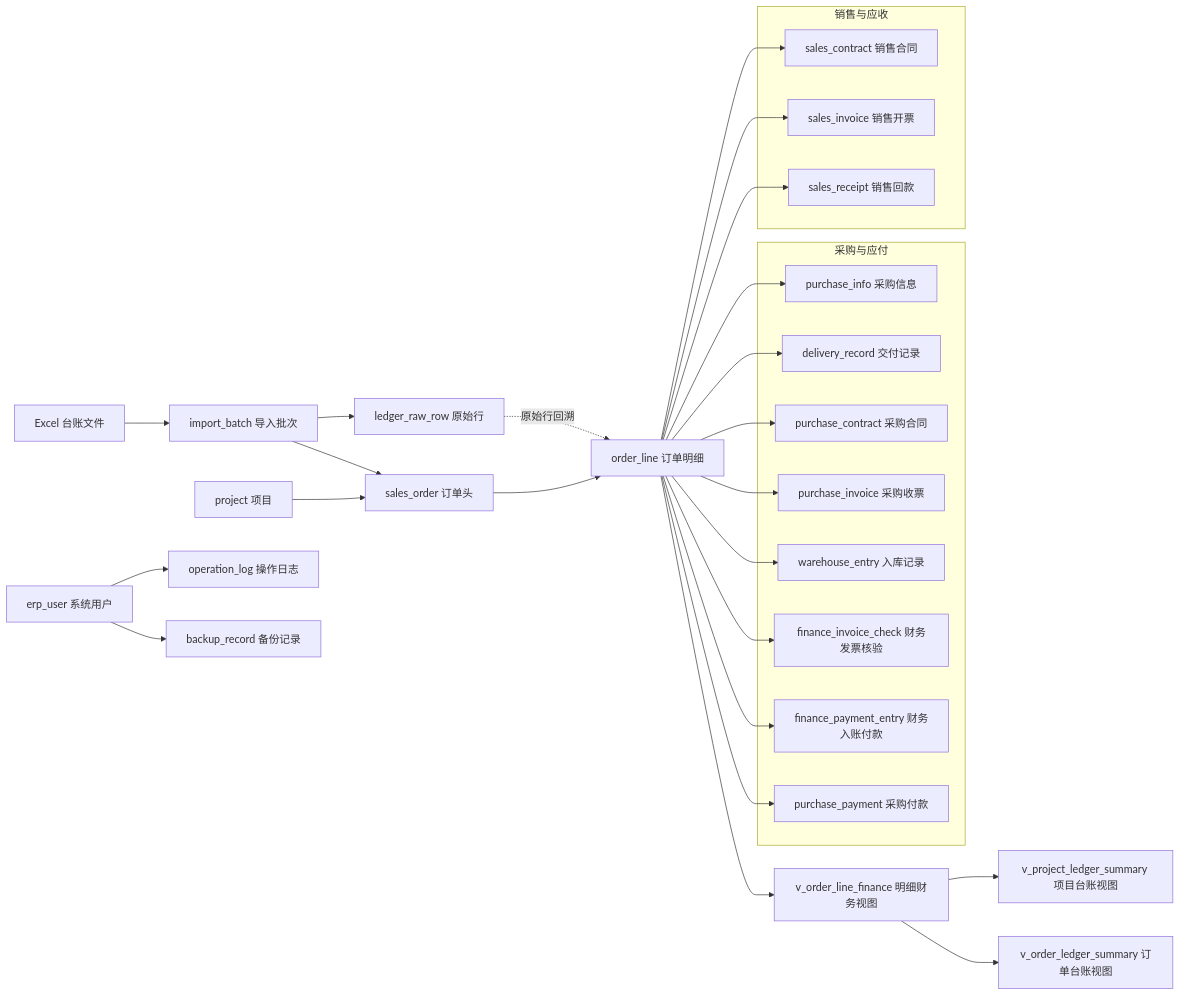
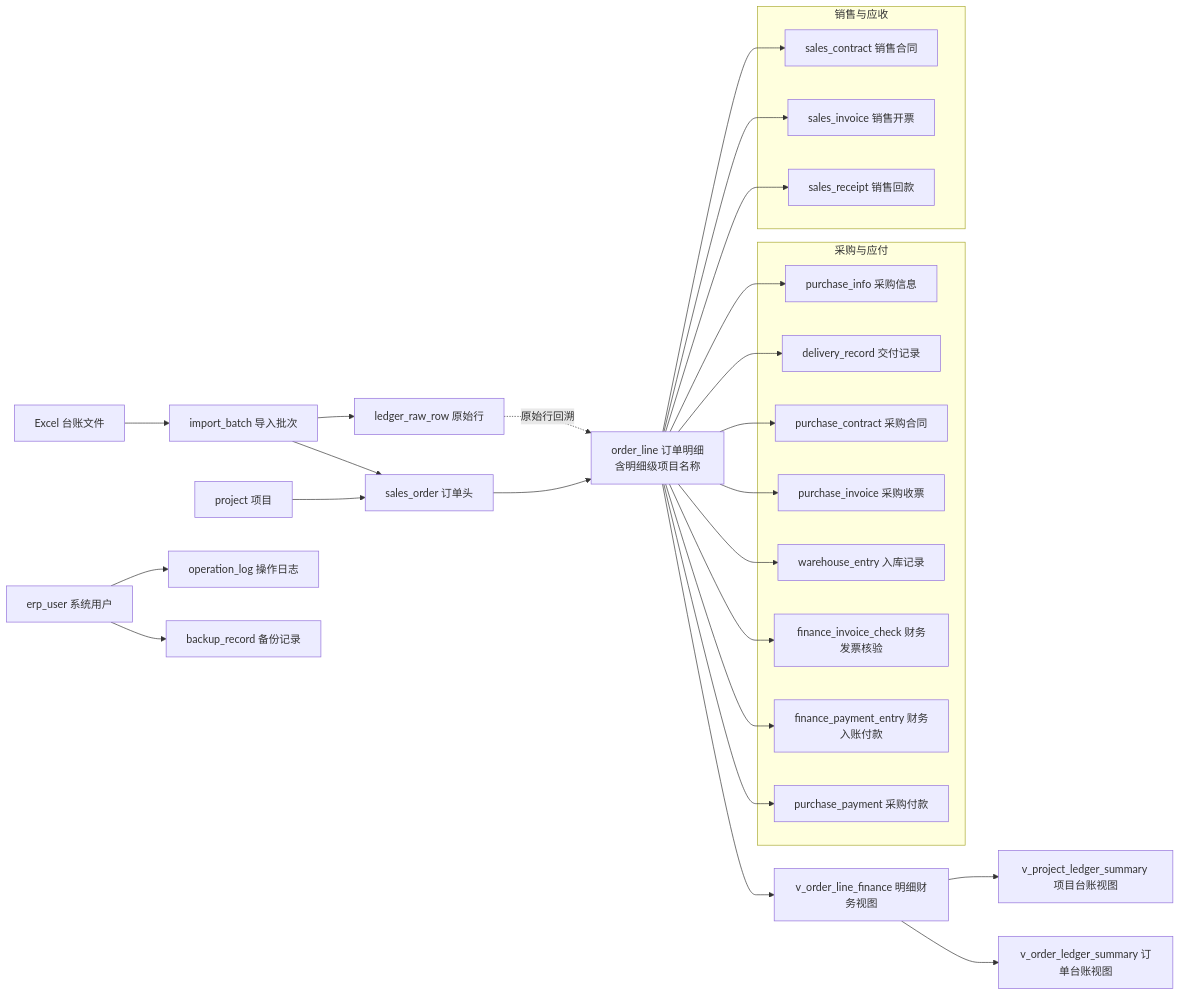
The diagram in docs/数据库字段字典与拓扑图.md (ND5-0348/erp-ledger-system), drawn with Mermaid before and after one commit. The commit also changed other lines of this file and 31 other files, not shown here.

```diff
--- a/docs/数据库字段字典与拓扑图.md
+++ b/docs/数据库字段字典与拓扑图.md
@@ -403,45 +404,45 @@
 ~~~mermaid
 flowchart LR
     Excel[Excel 台账文件] --> Batch[import_batch 导入批次]
     Batch --> Raw[ledger_raw_row 原始行]
     Batch --> Order[sales_order 订单头]
     Project[project 项目] --> Order
-    Raw -.原始行回溯.-> Line[order_line 订单明细]
+    Raw -.原始行回溯.-> Line[order_line 订单明细<br/>含明细级项目名称]
     Order --> Line
 
     subgraph Purchase[采购与应付]
       PI[purchase_info 采购信息]
       DR[delivery_record 交付记录]
       PC[purchase_contract 采购合同]
       PInv[purchase_invoice 采购收票]
       WH[warehouse_entry 入库记录]
       FIC[finance_invoice_check 财务发票核验]
       FPE[finance_payment_entry 财务入账付款]
       PP[purchase_payment 采购付款]
     end
 
     subgraph Sales[销售与应收]
       SC[sales_contract 销售合同]
       SInv[sales_invoice 销售开票]
       SR[sales_receipt 销售回款]
     end
 
     Line --> PI
     Line --> DR
     Line --> PC
     Line --> PInv
     Line --> WH
     Line --> FIC
     Line --> FPE
     Line --> PP
     Line --> SC
     Line --> SInv
     Line --> SR
 
     User[erp_user 系统用户] --> Log[operation_log 操作日志]
     User --> Backup[backup_record 备份记录]
 
     Line --> FinanceView[v_order_line_finance 明细财务视图]
     FinanceView --> ProjectView[v_project_ledger_summary 项目台账视图]
     FinanceView --> OrderView[v_order_ledger_summary 订单台账视图]
 ~~~
```
